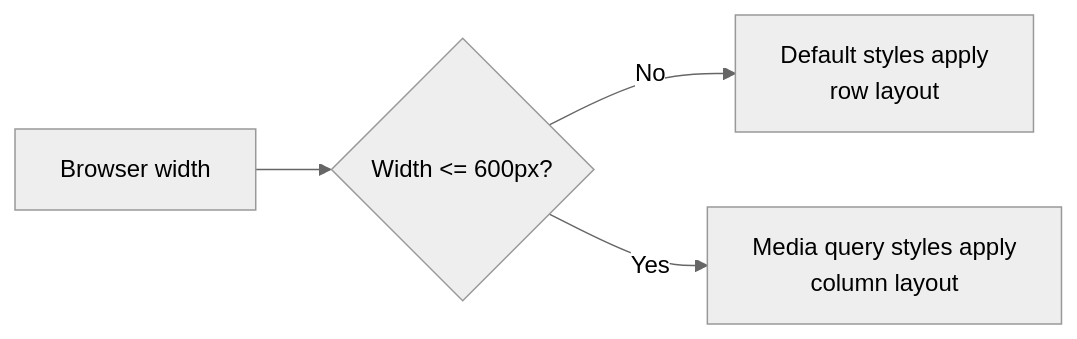
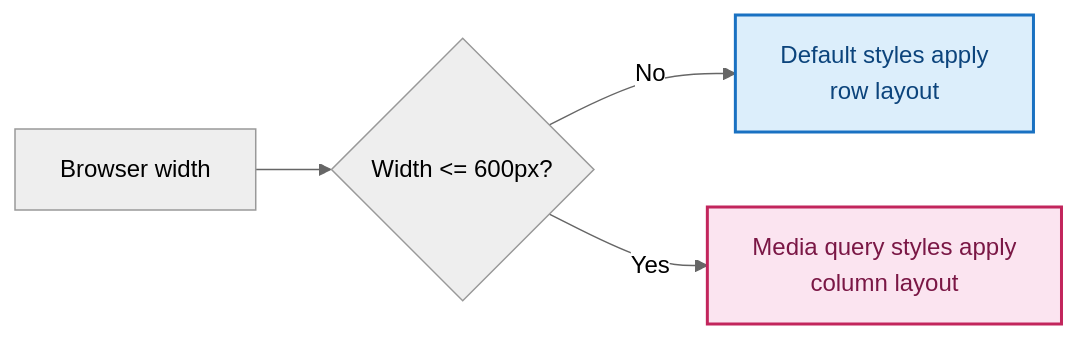
One commit to codewithz/mstap2026 changed the third of 4 diagrams in css-playground/css-explainers/04-css-grid-and-responsive-design.md. Above: the diagram before and after it, drawn with Mermaid (neutral theme). The commit also changed other lines of this file and 2 other files, not shown here.

````diff
--- a/css-playground/css-explainers/04-css-grid-and-responsive-design.md
+++ b/css-playground/css-explainers/04-css-grid-and-responsive-design.md
@@ -69,6 +123,11 @@
 ```mermaid
 flowchart LR
     A["Browser width"] --> B{"Width <= 600px?"}
     B -->|No| C["Default styles apply<br/>row layout"]
     B -->|Yes| D["Media query styles apply<br/>column layout"]
+
+    classDef blue fill:#DCEEFB,stroke:#1971C2,stroke-width:2px,color:#0C447C
+    classDef pink fill:#FBE4F0,stroke:#C2255C,stroke-width:2px,color:#7A1745
+    class C blue
+    class D pink
 ```
````
